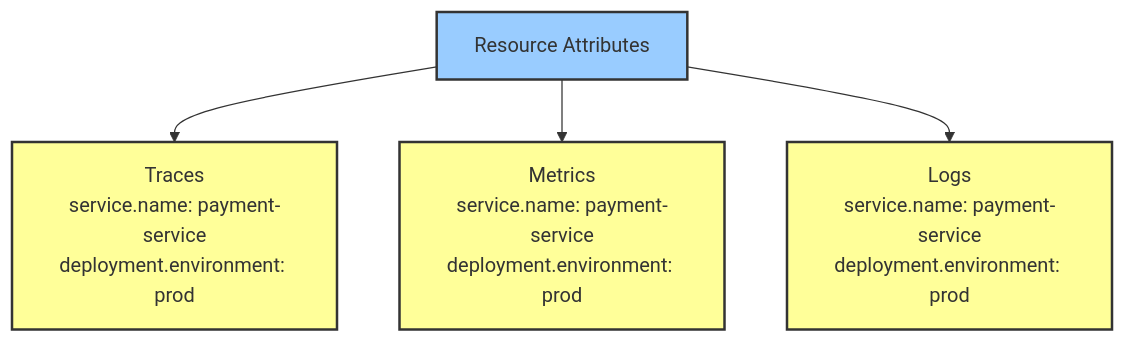
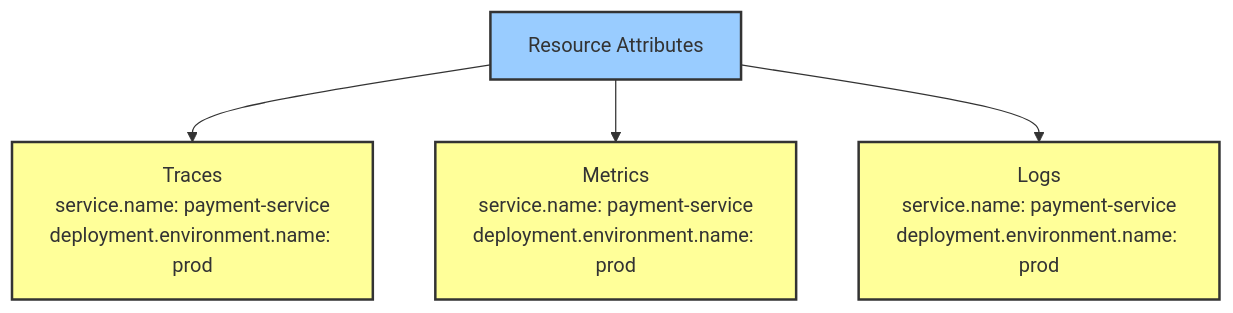
Before and after one commit to OneUptime/blog: the diagram in posts/2026-02-06-fix-missing-resource-attributes-opentelemetry/README.md, drawn with Mermaid. The commit also changed other lines of this file and 2 other files, not shown here.

Commit message:
validate: 2026-02-06-fix-missing-resource-attributes-opentelemetry

````diff
--- a/posts/2026-02-06-fix-missing-resource-attributes-opentelemetry/README.md
+++ b/posts/2026-02-06-fix-missing-resource-attributes-opentelemetry/README.md
@@ -30,11 +30,11 @@
 ```mermaid
 graph TD
-    A[Resource Attributes] --> B[Traces<br/>service.name: payment-service<br/>deployment.environment: prod]
-    A --> C[Metrics<br/>service.name: payment-service<br/>deployment.environment: prod]
-    A --> D[Logs<br/>service.name: payment-service<br/>deployment.environment: prod]
+    A[Resource Attributes] --> B[Traces<br/>service.name: payment-service<br/>deployment.environment.name: prod]
+    A --> C[Metrics<br/>service.name: payment-service<br/>deployment.environment.name: prod]
+    A --> D[Logs<br/>service.name: payment-service<br/>deployment.environment.name: prod]
 
     style A fill:#9cf,stroke:#333,stroke-width:2px
     style B fill:#ff9,stroke:#333,stroke-width:2px
     style C fill:#ff9,stroke:#333,stroke-width:2px
     style D fill:#ff9,stroke:#333,stroke-width:2px
 ```
````
